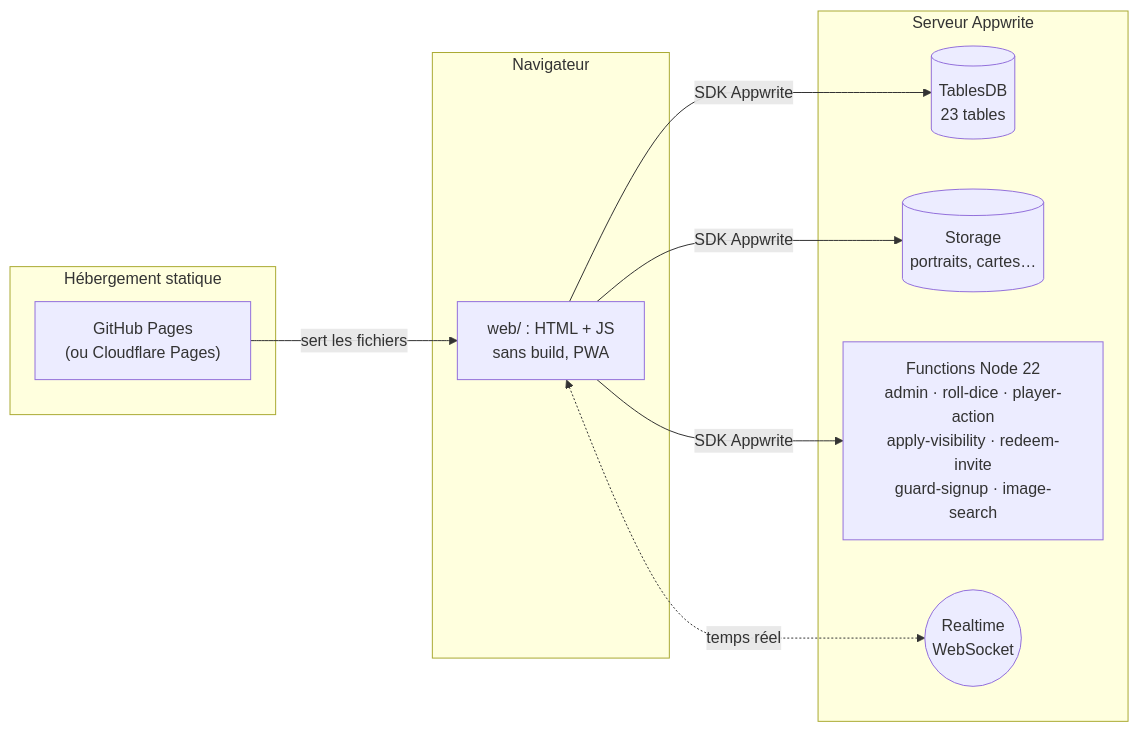
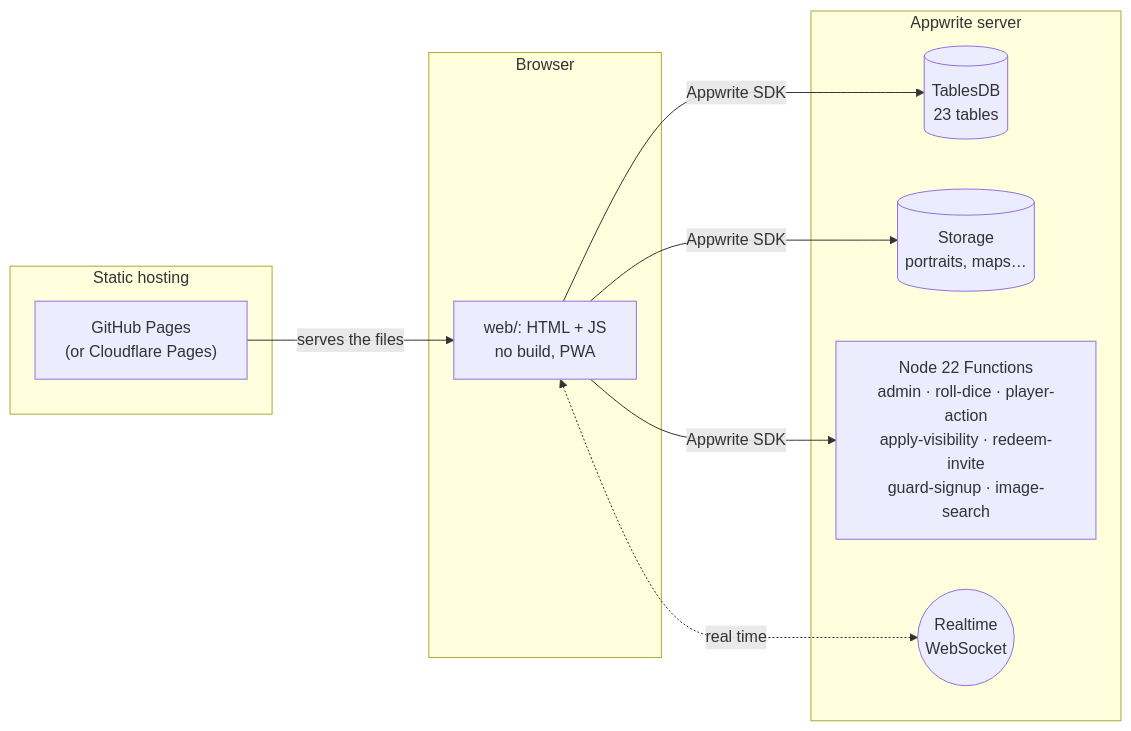
One commit to thertemis/table-noire changed the diagram in README.md. Above: the diagram before and after it, drawn with Mermaid. The commit also changed other lines of this file and 17 other files, not shown here.

````diff
--- a/README.md
+++ b/README.md
@@ -93,18 +93,18 @@
 ```mermaid
 flowchart LR
-  subgraph Navigateur
-    A["web/ : HTML + JS<br/>sans build, PWA"]
+  subgraph Browser
+    A["web/: HTML + JS<br/>no build, PWA"]
   end
-  subgraph Hébergement statique
-    P["GitHub Pages<br/>(ou Cloudflare Pages)"]
+  subgraph Static hosting
+    P["GitHub Pages<br/>(or Cloudflare Pages)"]
   end
-  subgraph Serveur Appwrite
+  subgraph Appwrite server
     T[("TablesDB<br/>23 tables")]
-    S[("Storage<br/>portraits, cartes…")]
-    F["Functions Node 22<br/>admin · roll-dice · player-action<br/>apply-visibility · redeem-invite<br/>guard-signup · image-search"]
+    S[("Storage<br/>portraits, maps…")]
+    F["Node 22 Functions<br/>admin · roll-dice · player-action<br/>apply-visibility · redeem-invite<br/>guard-signup · image-search"]
     R(("Realtime<br/>WebSocket"))
   end
-  P -- sert les fichiers --> A
-  A -- SDK Appwrite --> T & S & F
-  A <-. temps réel .-> R
+  P -- serves the files --> A
+  A -- Appwrite SDK --> T & S & F
+  A <-. real time .-> R
 ```
````
